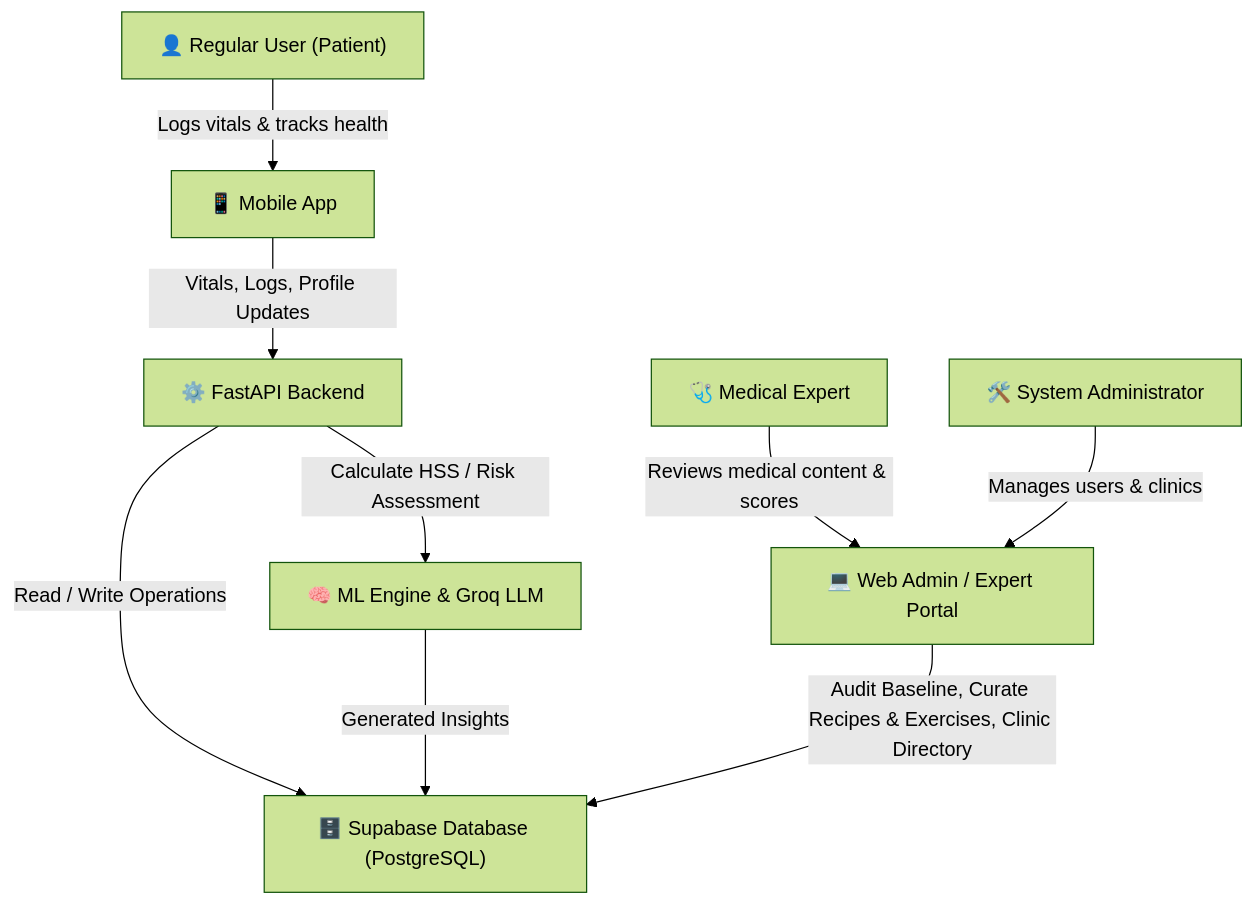
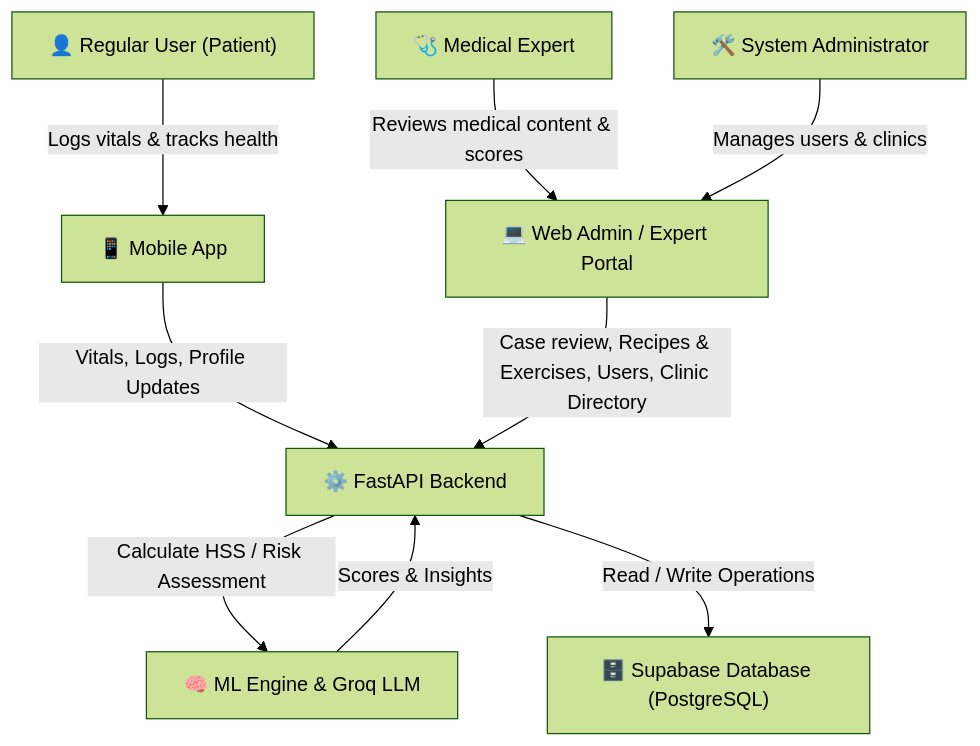
One commit to Quixotic-MJ/HEARTLINK_APP changed the diagram in documentation/README.md. Above: the diagram before and after it, drawn with Mermaid (forest theme). The commit also changed other lines of this file and 11 other files, not shown here.

````diff
--- a/documentation/README.md
+++ b/documentation/README.md
@@ -9,22 +9,22 @@
 ```mermaid
 graph TD
     User["👤 Regular User (Patient)"]
     Expert["🩺 Medical Expert"]
     Admin["🛠️ System Administrator"]
 
     Mobile["📱 Mobile App"]
     Web["💻 Web Admin / Expert Portal"]
     Backend["⚙️ FastAPI Backend"]
     ML["🧠 ML Engine & Groq LLM"]
     DB["🗄️ Supabase Database (PostgreSQL)"]
 
     User -- "Logs vitals & tracks health" --> Mobile
     Expert -- "Reviews medical content & scores" --> Web
     Admin -- "Manages users & clinics" --> Web
 
     Mobile -- "Vitals, Logs, Profile Updates" --> Backend
     Backend -- "Calculate HSS / Risk Assessment" --> ML
     Backend -- "Read / Write Operations" --> DB
-    ML -- "Generated Insights" --> DB
-    Web -- "Audit Baseline, Curate Recipes & Exercises, Clinic Directory" --> DB
+    ML -- "Scores & Insights" --> Backend
+    Web -- "Case review, Recipes & Exercises, Users, Clinic Directory" --> Backend
 ```
````
